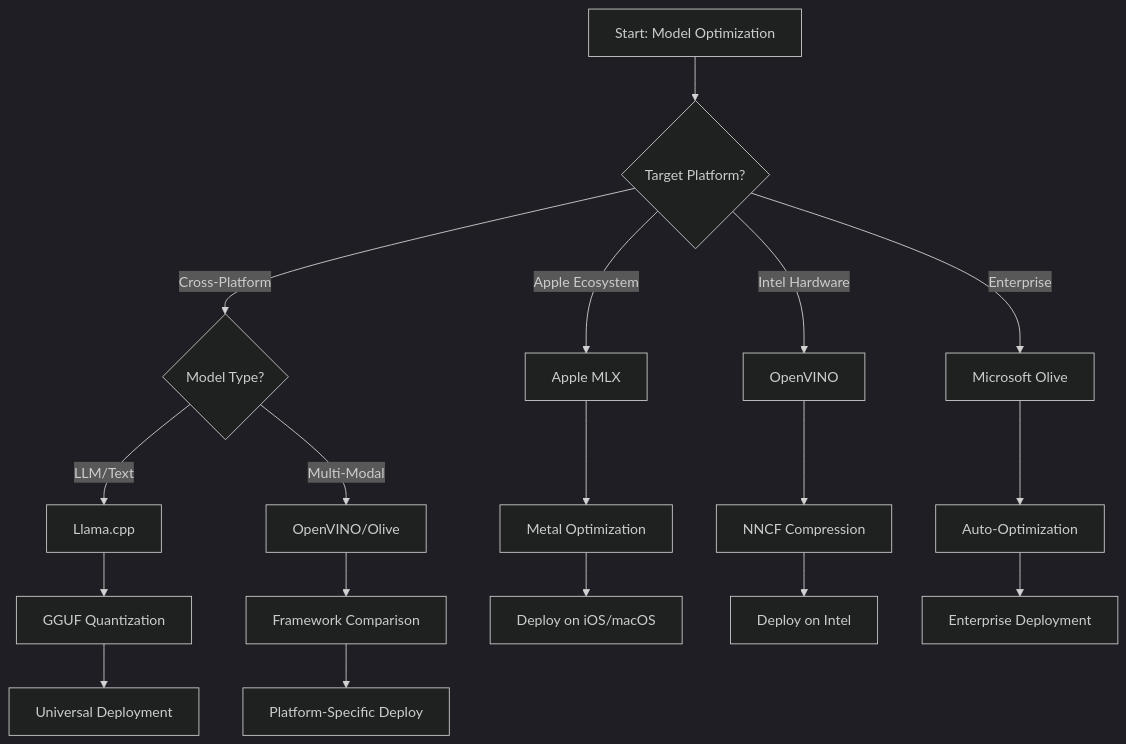
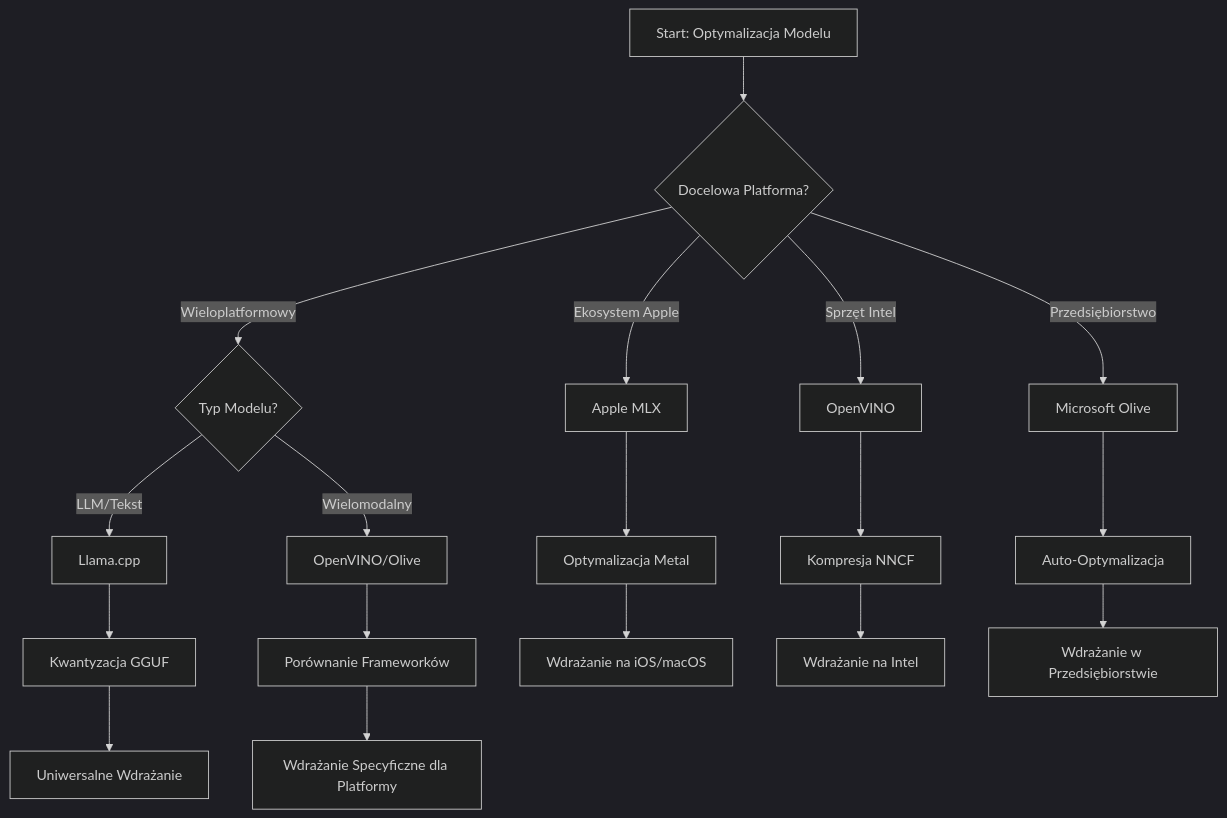
One commit to microsoft/edgeai-for-beginners changed the second of 3 diagrams in translations/pl/Module04/06.workflow-synthesis.md. Above: the diagram before and after it, drawn with Mermaid (dark theme). The commit also changed other lines of this file and 28 other files, not shown here.

````diff
--- a/translations/pl/Module04/06.workflow-synthesis.md
+++ b/translations/pl/Module04/06.workflow-synthesis.md
@@ -211,24 +211,24 @@
 ```mermaid
 graph TD
-    A[Start: Model Optimization] --> B{Target Platform?}
+    A[Start: Optymalizacja Modelu] --> B{Docelowa Platforma?}
     
-    B -->|Apple Ecosystem| C[Apple MLX]
-    B -->|Intel Hardware| D[OpenVINO]
-    B -->|Cross-Platform| E{Model Type?}
-    B -->|Enterprise| F[Microsoft Olive]
+    B -->|Ekosystem Apple| C[Apple MLX]
+    B -->|Sprzęt Intel| D[OpenVINO]
+    B -->|Wieloplatformowy| E{Typ Modelu?}
+    B -->|Przedsiębiorstwo| F[Microsoft Olive]
     
-    E -->|LLM/Text| G[Llama.cpp]
-    E -->|Multi-Modal| H[OpenVINO/Olive]
+    E -->|LLM/Tekst| G[Llama.cpp]
+    E -->|Wielomodalny| H[OpenVINO/Olive]
     
-    C --> I[Metal Optimization]
-    D --> J[NNCF Compression]
-    F --> K[Auto-Optimization]
-    G --> L[GGUF Quantization]
-    H --> M[Framework Comparison]
+    C --> I[Optymalizacja Metal]
+    D --> J[Kompresja NNCF]
+    F --> K[Auto-Optymalizacja]
+    G --> L[Kwantyzacja GGUF]
+    H --> M[Porównanie Frameworków]
     
-    I --> N[Deploy on iOS/macOS]
-    J --> O[Deploy on Intel]
-    K --> P[Enterprise Deployment]
-    L --> Q[Universal Deployment]
-    M --> R[Platform-Specific Deploy]
+    I --> N[Wdrażanie na iOS/macOS]
+    J --> O[Wdrażanie na Intel]
+    K --> P[Wdrażanie w Przedsiębiorstwie]
+    L --> Q[Uniwersalne Wdrażanie]
+    M --> R[Wdrażanie Specyficzne dla Platformy]
 ```
````
